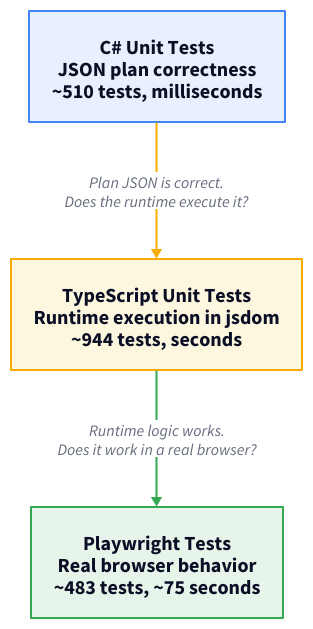
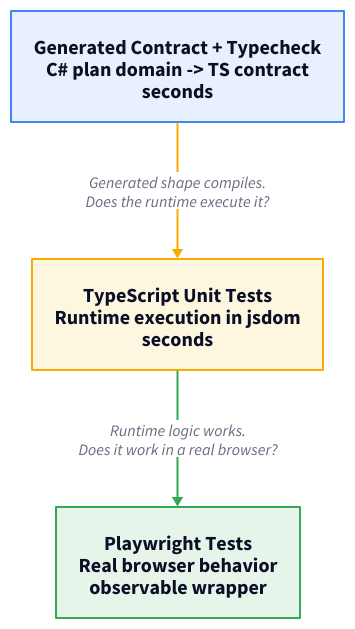
Before and after one commit to marafiq/alis-reactive: the diagram in docs-site/src/content/docs/testing/strategy.mdx, drawn with D2. The commit also changed other lines of this file, not shown here.

````diff
--- a/docs-site/src/content/docs/testing/strategy.mdx
+++ b/docs-site/src/content/docs/testing/strategy.mdx
@@ -10,33 +13,33 @@
 ```d2
 direction: down
 
-layer1: "C# Unit Tests\nJSON plan correctness\n~510 tests, milliseconds" {
+layer1: "Generated Contract + Typecheck\nC# plan domain -> TS contract\nseconds" {
   shape: rectangle
   style.fill: "#e8f0fe"
   style.stroke: "#4285f4"
   style.font-size: 20
 }
 
-layer2: "TypeScript Unit Tests\nRuntime execution in jsdom\n~944 tests, seconds" {
+layer2: "TypeScript Unit Tests\nRuntime execution in jsdom\nseconds" {
   shape: rectangle
   style.fill: "#fef7e0"
   style.stroke: "#f9ab00"
   style.font-size: 20
 }
 
-layer3: "Playwright Tests\nReal browser behavior\n~483 tests, ~75 seconds" {
+layer3: "Playwright Tests\nReal browser behavior\nobservable wrapper" {
   shape: rectangle
   style.fill: "#e6f4ea"
   style.stroke: "#34a853"
   style.font-size: 20
 }
 
-layer1 -> layer2: "Plan JSON is correct.\nDoes the runtime execute it?" {
+layer1 -> layer2: "Generated shape compiles.\nDoes the runtime execute it?" {
   style.font-size: 16
   style.stroke: "#f9ab00"
 }
 layer2 -> layer3: "Runtime logic works.\nDoes it work in a real browser?" {
   style.font-size: 16
   style.stroke: "#34a853"
 }
 ```
````
